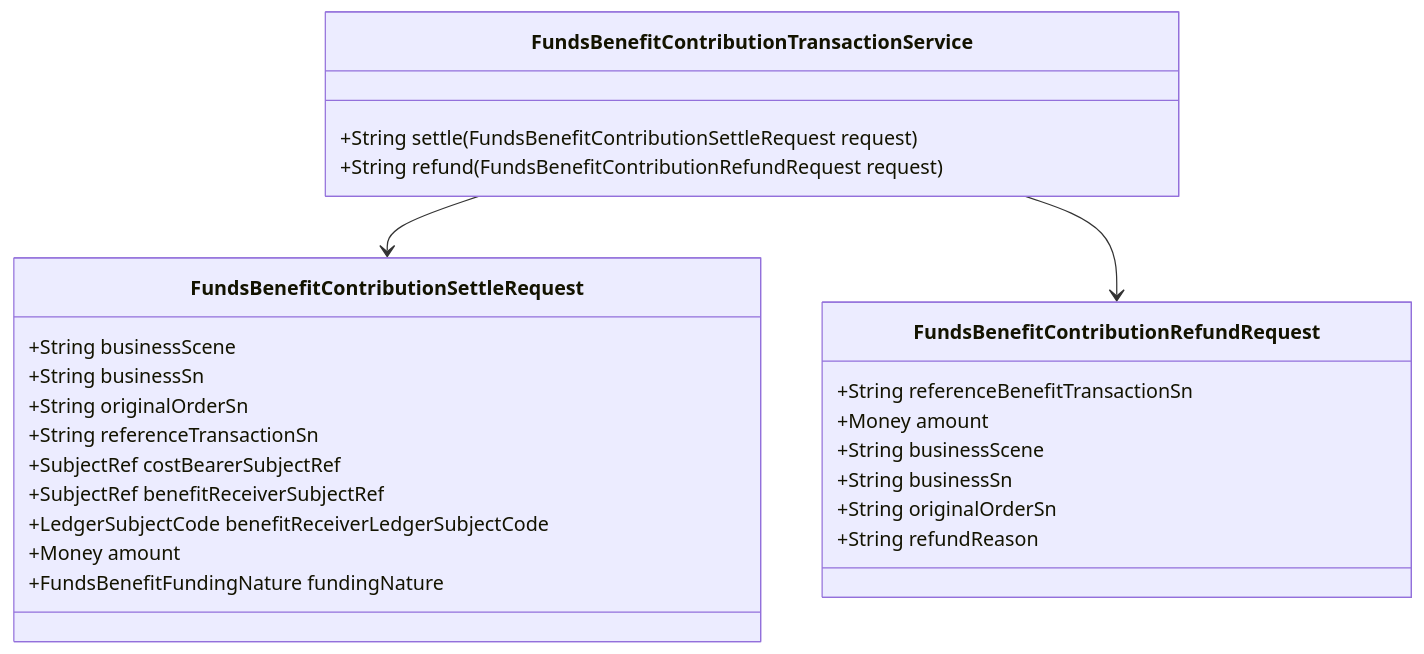
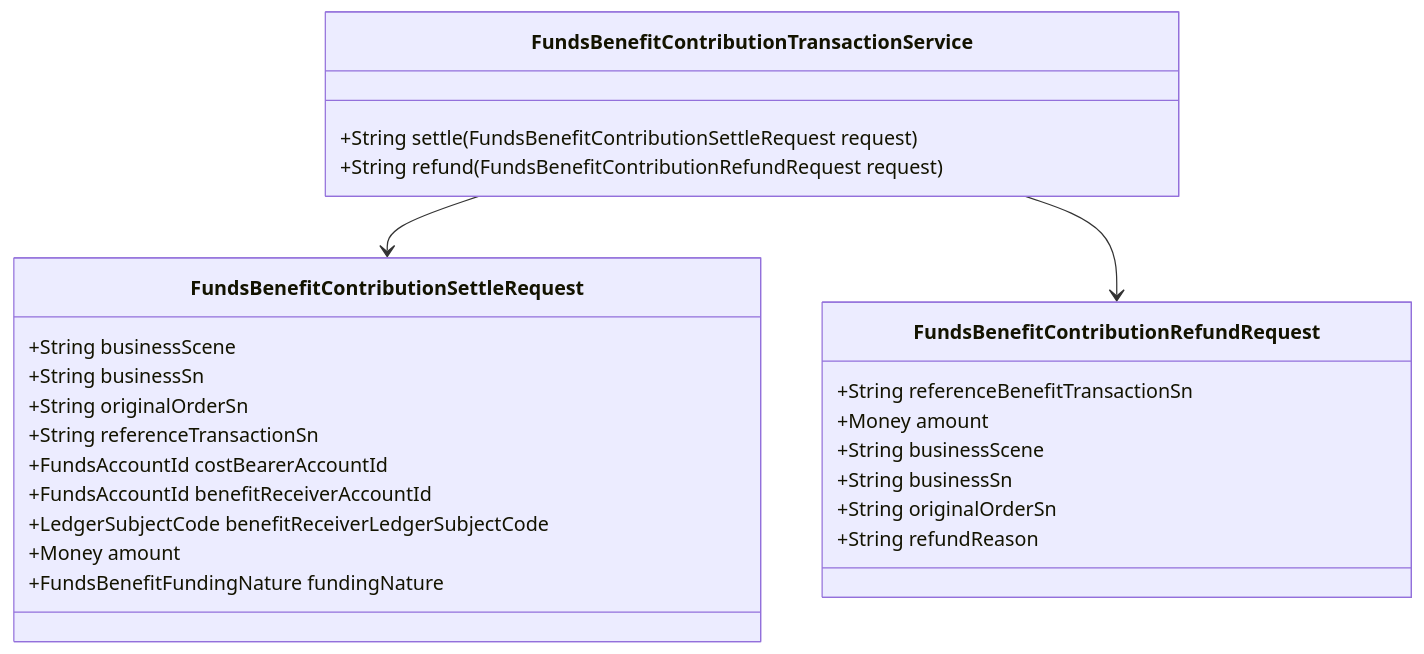
The second of 2 diagrams in docs/DSL设计/支付资金底座DSL承载层设计.md (fengwuxp/wind-funds), drawn with Mermaid before and after one commit. The commit also changed other lines of this file and 251 other files, not shown here.

````diff
--- a/docs/DSL设计/支付资金底座DSL承载层设计.md
+++ b/docs/DSL设计/支付资金底座DSL承载层设计.md
@@ -641,31 +641,31 @@
 ```mermaid
 classDiagram
     class FundsBenefitContributionTransactionService {
       +String settle(FundsBenefitContributionSettleRequest request)
       +String refund(FundsBenefitContributionRefundRequest request)
     }
 
     class FundsBenefitContributionSettleRequest {
       +String businessScene
       +String businessSn
       +String originalOrderSn
       +String referenceTransactionSn
-      +SubjectRef costBearerSubjectRef
-      +SubjectRef benefitReceiverSubjectRef
+      +FundsAccountId costBearerAccountId
+      +FundsAccountId benefitReceiverAccountId
       +LedgerSubjectCode benefitReceiverLedgerSubjectCode
       +Money amount
       +FundsBenefitFundingNature fundingNature
     }
 
     class FundsBenefitContributionRefundRequest {
       +String referenceBenefitTransactionSn
       +Money amount
       +String businessScene
       +String businessSn
       +String originalOrderSn
       +String refundReason
     }
 
     FundsBenefitContributionTransactionService --> FundsBenefitContributionSettleRequest
     FundsBenefitContributionTransactionService --> FundsBenefitContributionRefundRequest
 ```
````
